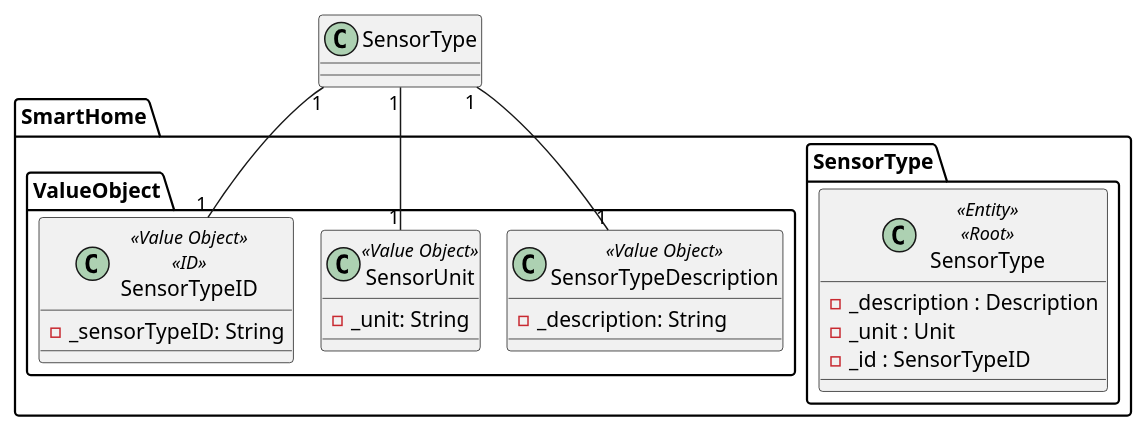
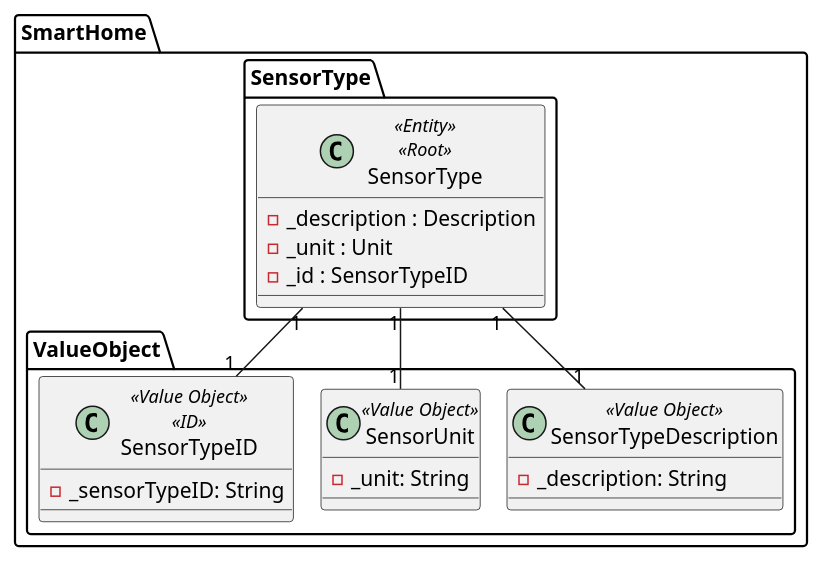
The diagram in docs/ooa/agreggateModels/sensorTypeAggregate.puml (olivDiogo/SmartHome), drawn with PlantUML before and after one commit. The commit also changed 3 other files, not shown here.

```diff
--- a/docs/ooa/agreggateModels/sensorTypeAggregate.puml
+++ b/docs/ooa/agreggateModels/sensorTypeAggregate.puml
@@ -1,33 +1,31 @@
 @startuml
 !pragma layout smetana
 
 package SmartHome.SensorType {
 
   class SensorType<<Entity>><<Root>> {
     - _description : Description
     - _unit : Unit
     - _id : SensorTypeID
   }
 
 
 
 }
 package SmartHome.ValueObject {
   class SensorTypeDescription<<Value Object>> {
     - _description: String
   }
   class SensorUnit<<Value Object>> {
       - _unit: String
     }
   class SensorTypeID<<Value Object>><<ID>> {
         - _sensorTypeID: String
       }
 }
-SensorType "1" -- "1" SensorUnit
-SensorType "1" -- "1" SensorTypeDescription
-SensorType "1" -- "1" SensorTypeID
-
-
+SmartHome.SensorType.SensorType "1" -- "1" SensorUnit
+SmartHome.SensorType.SensorType "1" -- "1" SensorTypeDescription
+SmartHome.SensorType.SensorType "1" -- "1" SensorTypeID
 
 
 @enduml
```
